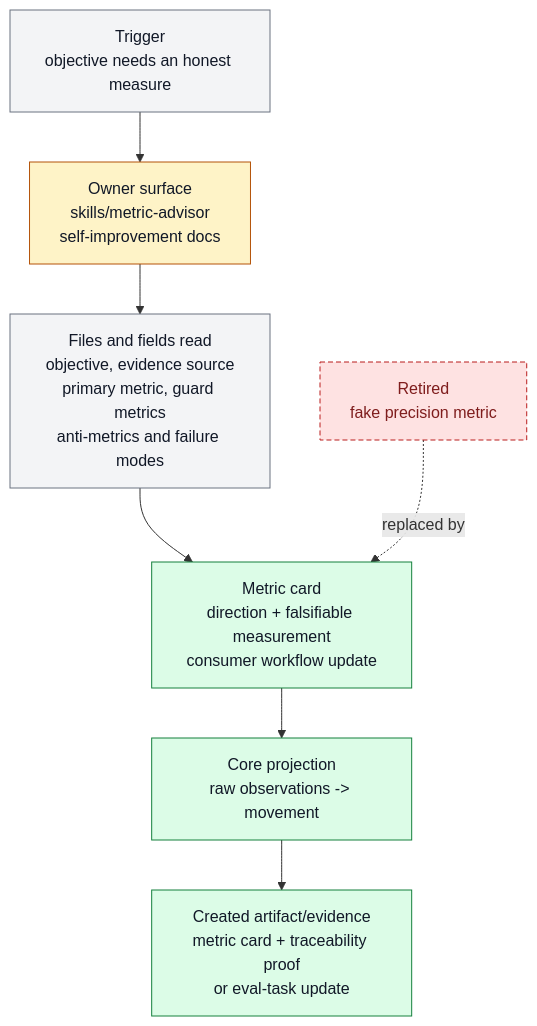
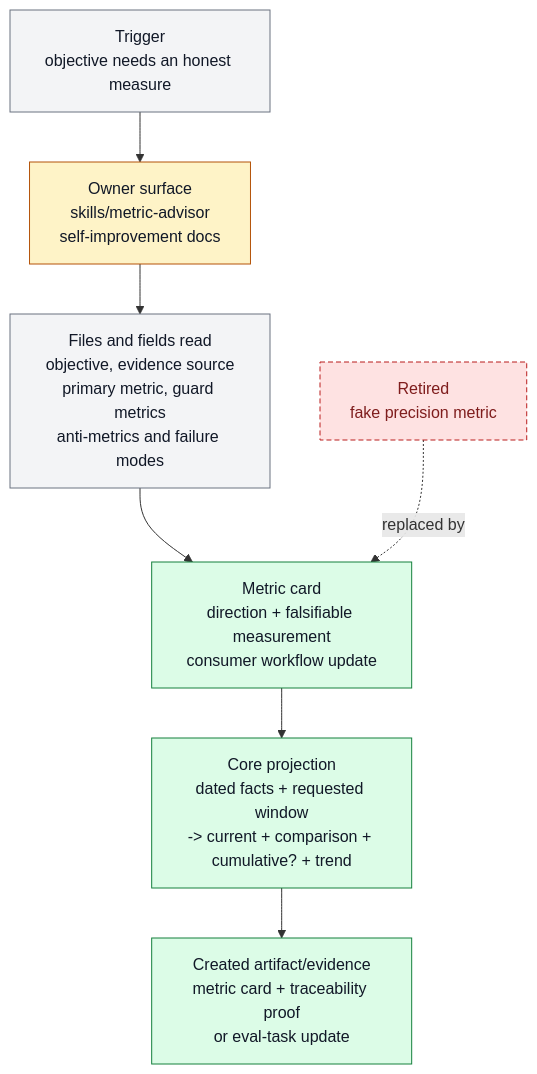
The diagram in docs/features/FEAT-0063-metric-advisor-cards.md (ZanarkandTechnologies/Farplane), drawn with Mermaid before and after one commit. The commit also changed other lines of this file and 19 other files, not shown here.

Commit message:
feat(metrics): enforce schema v3 projections

````diff
--- a/docs/features/FEAT-0063-metric-advisor-cards.md
+++ b/docs/features/FEAT-0063-metric-advisor-cards.md
@@ -111,18 +117,18 @@
 ```mermaid
 flowchart TD
   classDef keep fill:#f3f4f6,stroke:#6b7280,color:#111827
   classDef changed fill:#fef3c7,stroke:#b45309,color:#111827
   classDef added fill:#dcfce7,stroke:#15803d,color:#111827
   classDef retired fill:#fee2e2,stroke:#b91c1c,color:#7f1d1d,stroke-dasharray: 5 3
 
   trigger["Trigger<br/>objective needs an honest measure"]:::keep
   owner["Owner surface<br/>skills/metric-advisor<br/>self-improvement docs"]:::changed
   readers["Files and fields read<br/>objective, evidence source<br/>primary metric, guard metrics<br/>anti-metrics and failure modes"]:::keep
   card["Metric card<br/>direction + falsifiable measurement<br/>consumer workflow update"]:::added
-  movement["Core projection<br/>raw observations -> movement"]:::added
+  movement["Core projection<br/>dated facts + requested window<br/>-> current + comparison + cumulative? + trend"]:::added
   artifact["Created artifact/evidence<br/>metric card + traceability proof<br/>or eval-task update"]:::added
   old["Retired<br/>fake precision metric"]:::retired
 
   trigger --> owner --> readers --> card --> movement --> artifact
   old -. replaced by .-> card
 ```
````
